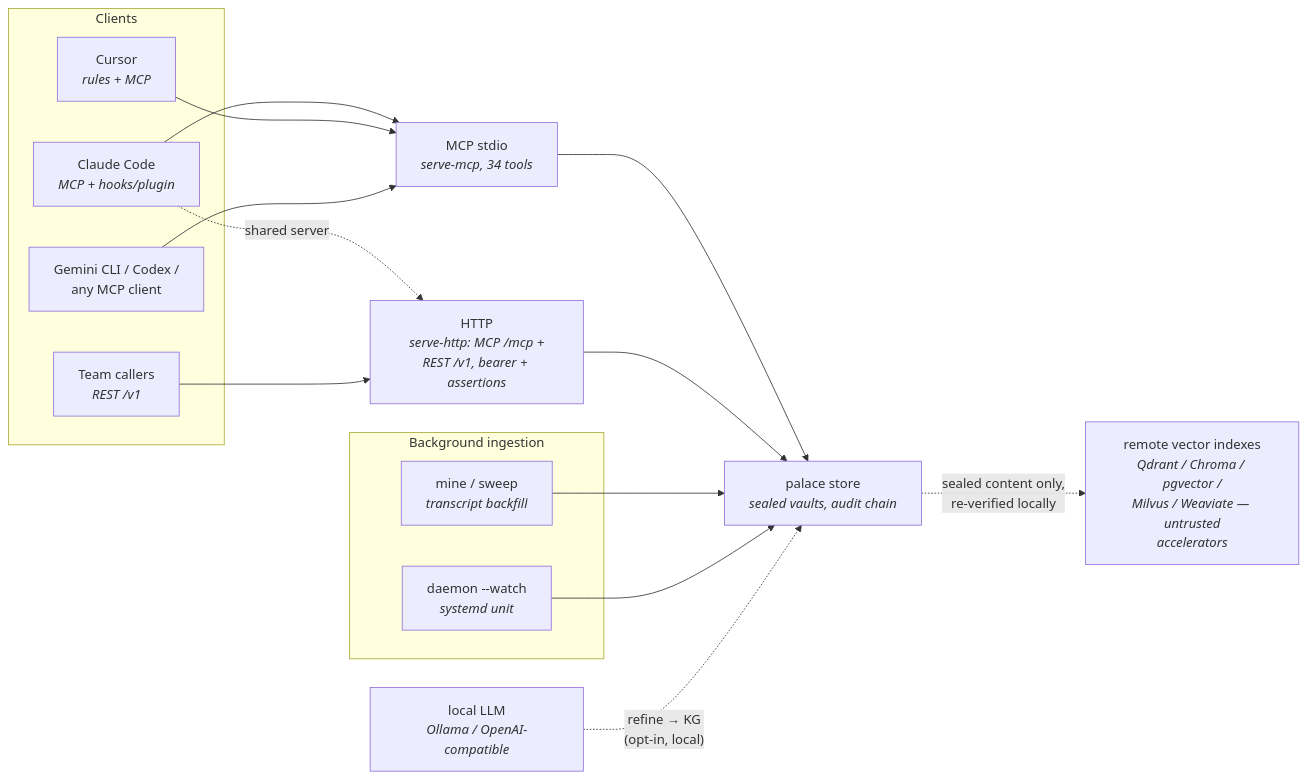
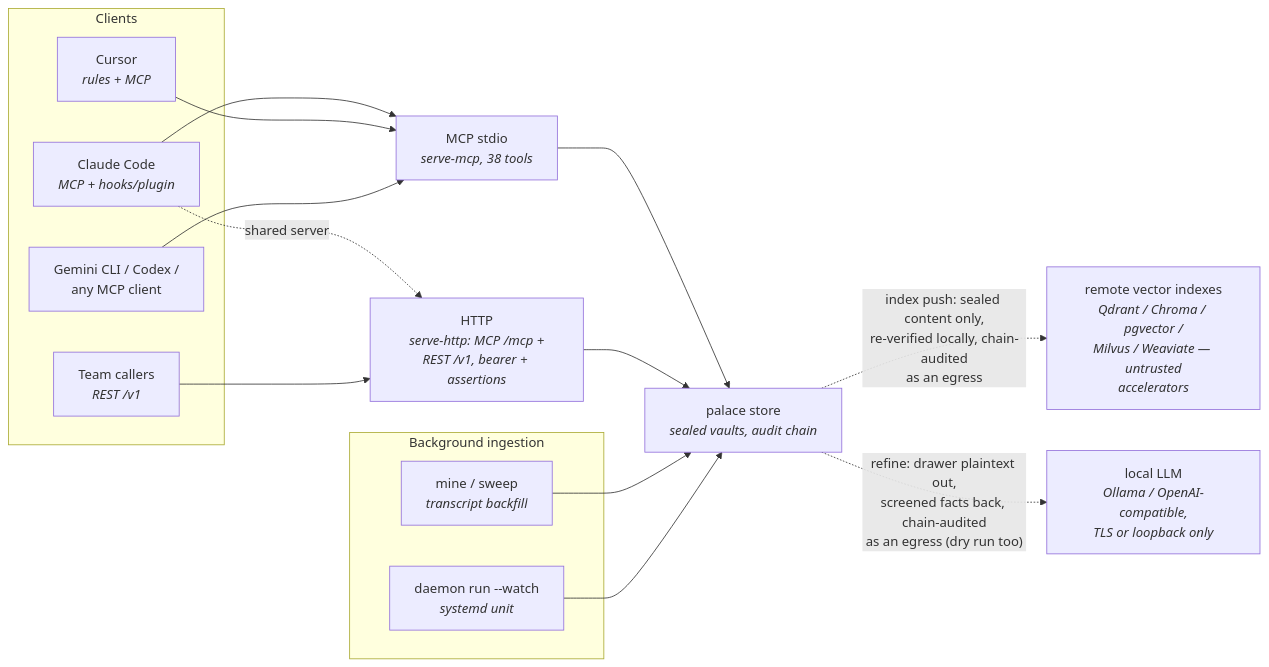
One commit to sealcroft/undercroft changed the diagram in docs/diagrams/src/integrations-surfaces.mmd. Above: the diagram before and after it, drawn with Mermaid. The commit also changed 78 other files, not shown here.

First line of the commit message:
the three diagram sets described a different engine — audited against the code, corrected, and ten views added

```diff
--- a/docs/diagrams/src/integrations-surfaces.mmd
+++ b/docs/diagrams/src/integrations-surfaces.mmd
@@ -1,22 +1,22 @@
 flowchart LR
     subgraph clients["Clients"]
         cc["Claude Code<br/><i>MCP + hooks/plugin</i>"]
         cur["Cursor<br/><i>rules + MCP</i>"]
         gem["Gemini CLI / Codex /<br/>any MCP client"]
         team["Team callers<br/><i>REST /v1</i>"]
     end
     subgraph ingest["Background ingestion"]
         mine["mine / sweep<br/><i>transcript backfill</i>"]
-        daemon["daemon --watch<br/><i>systemd unit</i>"]
+        daemon["daemon run --watch<br/><i>systemd unit</i>"]
     end
-    cc --> mcp["MCP stdio<br/><i>serve-mcp, 34 tools</i>"]
+    cc --> mcp["MCP stdio<br/><i>serve-mcp, 38 tools</i>"]
     cur --> mcp
     gem --> mcp
     cc -. "shared server" .-> http["HTTP<br/><i>serve-http: MCP /mcp +<br/>REST /v1, bearer + assertions</i>"]
     team --> http
     mcp --> store["palace store<br/><i>sealed vaults, audit chain</i>"]
     http --> store
     mine --> store
     daemon --> store
-    store -. "sealed content only,<br/>re-verified locally" .-> remote["remote vector indexes<br/><i>Qdrant / Chroma / pgvector /<br/>Milvus / Weaviate — untrusted<br/>accelerators</i>"]
-    llmx["local LLM<br/><i>Ollama / OpenAI-compatible</i>"] -. "refine → KG<br/>(opt-in, local)" .-> store
+    store -. "index push: sealed content only,<br/>re-verified locally, chain-audited<br/>as an egress" .-> remote["remote vector indexes<br/><i>Qdrant / Chroma / pgvector /<br/>Milvus / Weaviate — untrusted<br/>accelerators</i>"]
+    store -. "refine: drawer plaintext out,<br/>screened facts back, chain-audited<br/>as an egress (dry run too)" .-> llmx["local LLM<br/><i>Ollama / OpenAI-compatible,<br/>TLS or loopback only</i>"]
```
